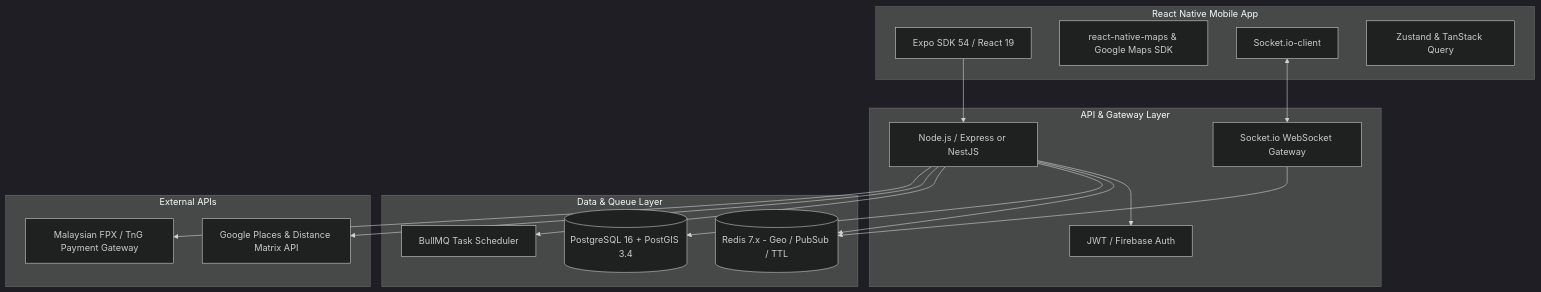
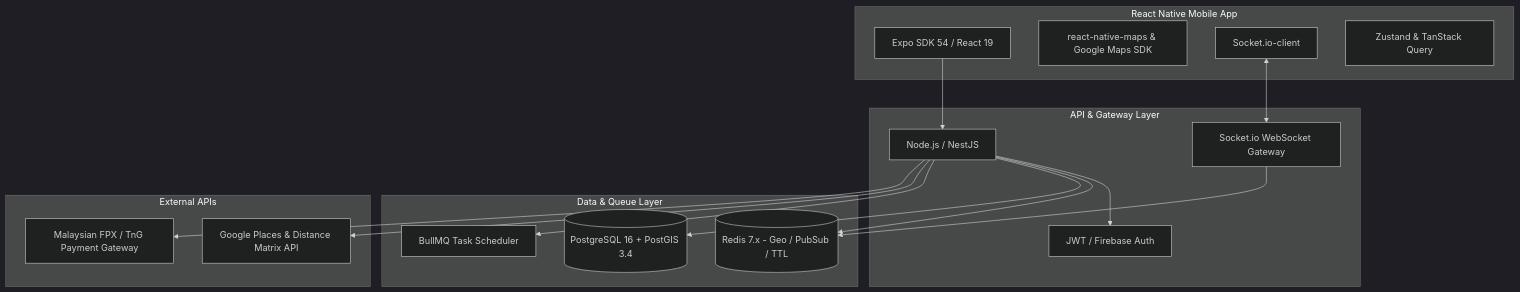
One commit to yx-05/ParkLah changed the fourth of 4 diagrams in planning/01_prd.md. Above: the diagram before and after it, drawn with Mermaid (dark theme). The commit also changed other lines of this file and 28328 other files, not shown here.

````diff
--- a/planning/01_prd.md
+++ b/planning/01_prd.md
@@ -218,36 +222,36 @@
 ```mermaid
 graph TB
     subgraph Client Layer [React Native Mobile App]
         RN[Expo SDK 54 / React 19]
         RNM[react-native-maps & Google Maps SDK]
         RNS[Socket.io-client]
         RNZ[Zustand & TanStack Query]
     end
 
     subgraph API & Gateway Layer
-        API[Node.js / Express or NestJS]
+        API[Node.js / NestJS]
         WS[Socket.io WebSocket Gateway]
         AUTH[JWT / Firebase Auth]
     end
 
     subgraph Data & Queue Layer
         REDIS[(Redis 7.x - Geo / PubSub / TTL)]
         PG[(PostgreSQL 16 + PostGIS 3.4)]
         BULL[BullMQ Task Scheduler]
     end
 
     subgraph External APIs
         GMAPS[Google Places & Distance Matrix API]
         PAY[Malaysian FPX / TnG Payment Gateway]
     end
 
     RN --> API
     RNS <--> WS
     API --> AUTH
     API --> REDIS
     API --> PG
     WS --> REDIS
     API --> BULL
     API --> GMAPS
     API --> PAY
 ```
````
